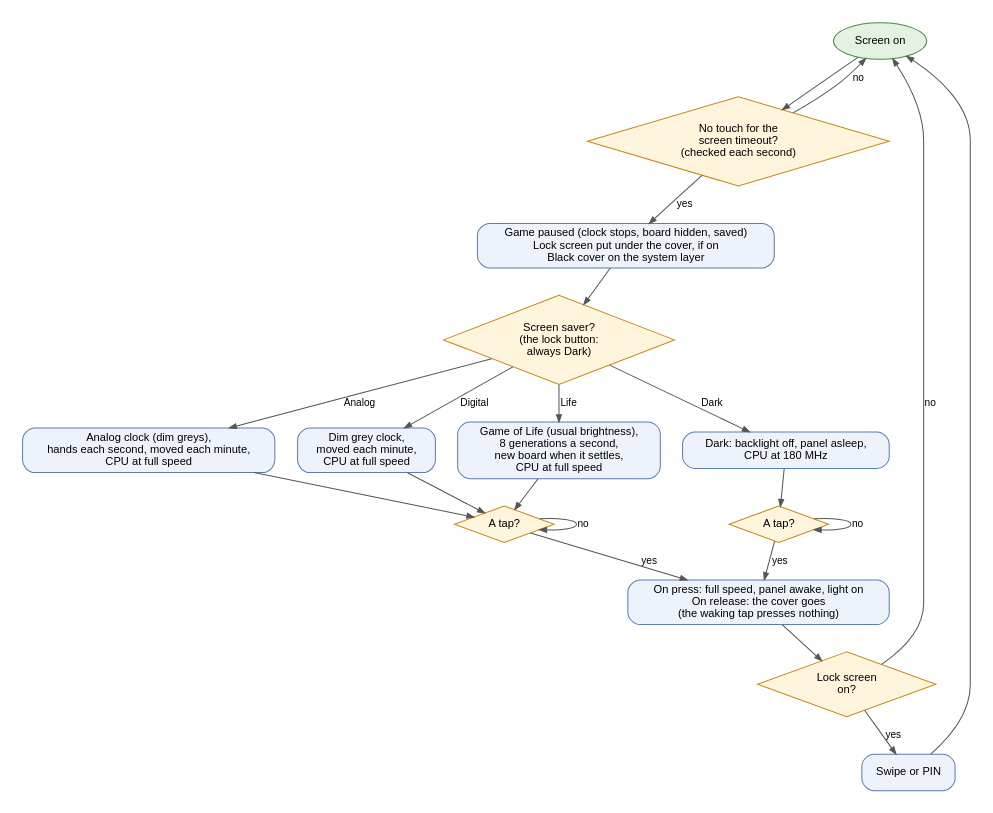
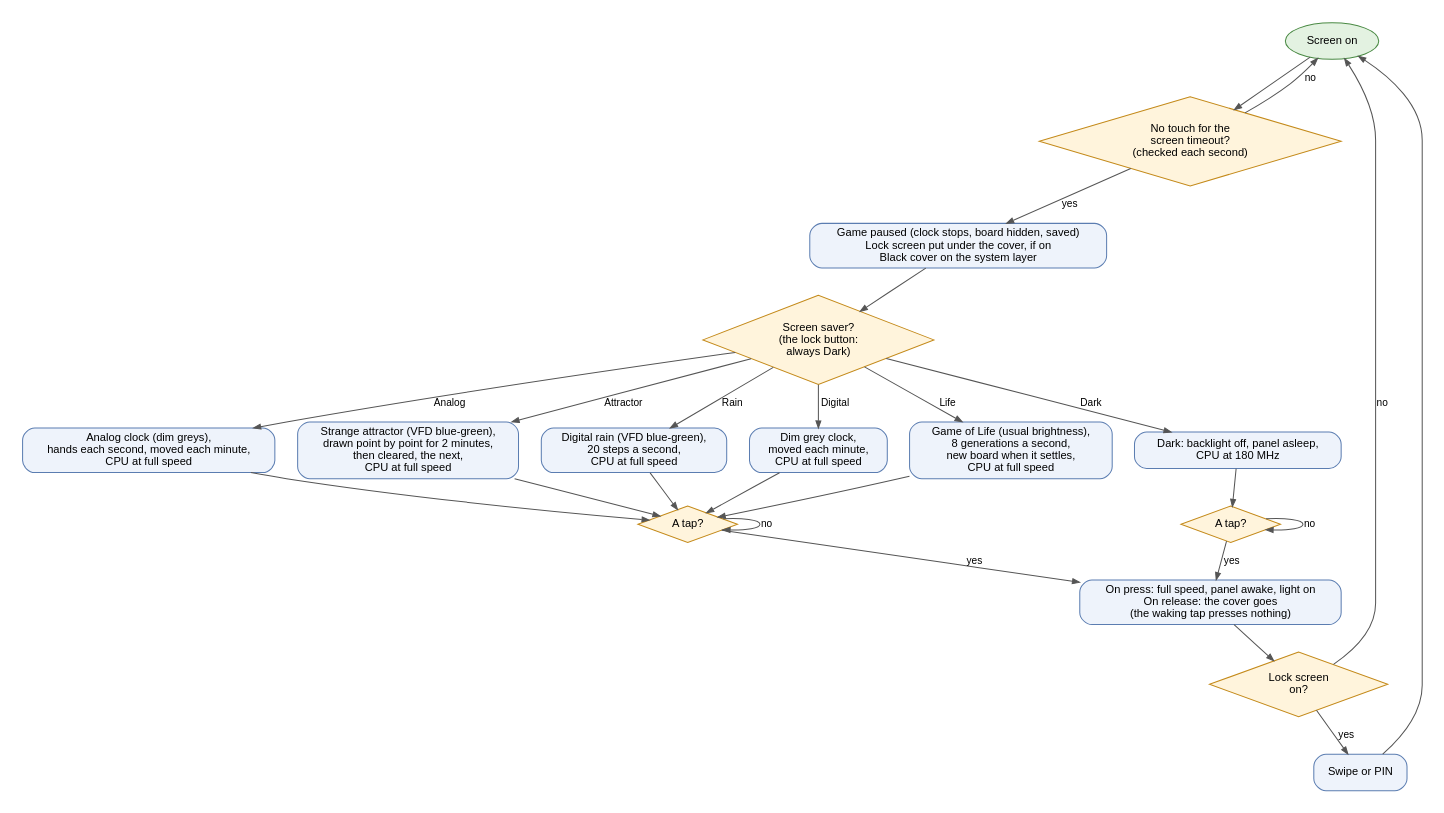
One commit to edipermadi/esp32p4_sudoku changed the diagram in docs/diagrams/saver.dot. Above: the diagram before and after it, drawn with Graphviz. The commit also changed 24 other files, not shown here.

```diff
--- a/docs/diagrams/saver.dot
+++ b/docs/diagrams/saver.dot
@@ -1,40 +1,46 @@
 // The screen saver and power saving: saver_cb() in ui_saver.c, bsp_power_save()
 digraph saver {
     graph [bgcolor="white", fontname="Helvetica", fontsize=11, nodesep=0.3, ranksep=0.35, pad=0.2];
     node  [fontname="Helvetica", fontsize=11, shape=box, style="rounded,filled", fillcolor="#EEF3FB", color="#5B7DB1", margin="0.15,0.05"];
     edge  [fontname="Helvetica", fontsize=10, color="#555555", arrowsize=0.7];
     on    [shape=oval, fillcolor="#E3F2E1", color="#4A8A44", label="Screen on"];
     idle  [shape=diamond, style=filled, fillcolor="#FFF4DC", color="#C48A1A", label="No touch for the\nscreen timeout?\n(checked each second)"];
     pause [label="Game paused (clock stops, board hidden, saved)\nLock screen put under the cover, if on\nBlack cover on the system layer"];
     clk   [shape=diamond, style=filled, fillcolor="#FFF4DC", color="#C48A1A", label="Screen saver?\n(the lock button:\nalways Dark)"];
     analog[label="Analog clock (dim greys),\nhands each second, moved each minute,\nCPU at full speed"];
+    attr  [label="Strange attractor (VFD blue-green),\ndrawn point by point for 2 minutes,\nthen cleared, the next,\nCPU at full speed"];
+    rain  [label="Digital rain (VFD blue-green),\n20 steps a second,\nCPU at full speed"];
     dim   [label="Dim grey clock,\nmoved each minute,\nCPU at full speed"];
     life  [label="Game of Life (usual brightness),\n8 generations a second,\nnew board when it settles,\nCPU at full speed"];
     tap1  [shape=diamond, style=filled, fillcolor="#FFF4DC", color="#C48A1A", label="A tap?"];
     dark  [label="Dark: backlight off, panel asleep,\nCPU at 180 MHz"];
     tap2  [shape=diamond, style=filled, fillcolor="#FFF4DC", color="#C48A1A", label="A tap?"];
     wake  [label="On press: full speed, panel awake, light on\nOn release: the cover goes\n(the waking tap presses nothing)"];
     lock  [shape=diamond, style=filled, fillcolor="#FFF4DC", color="#C48A1A", label="Lock screen\non?"];
     unlock[label="Swipe or PIN"];
 
     on -> idle;
     idle -> on [label="no"];
     idle -> pause [label="yes"];
     pause -> clk;
     clk -> dim [label="Digital"];
     clk -> analog [label="Analog"];
+    clk -> rain [label="Rain"];
+    clk -> attr [label="Attractor"];
     clk -> life [label="Life"];
     clk -> dark [label="Dark"];
     dim -> tap1;
     analog -> tap1;
+    rain -> tap1;
+    attr -> tap1;
     life -> tap1;
     tap1 -> wake [label="yes"];
     tap1 -> tap1 [label="no"];
     dark -> tap2;
     tap2 -> tap2 [label="no"];
     tap2 -> wake [label="yes"];
     wake -> lock;
     lock -> unlock [label="yes"];
     lock -> on [label="no"];
     unlock -> on;
 }
```
